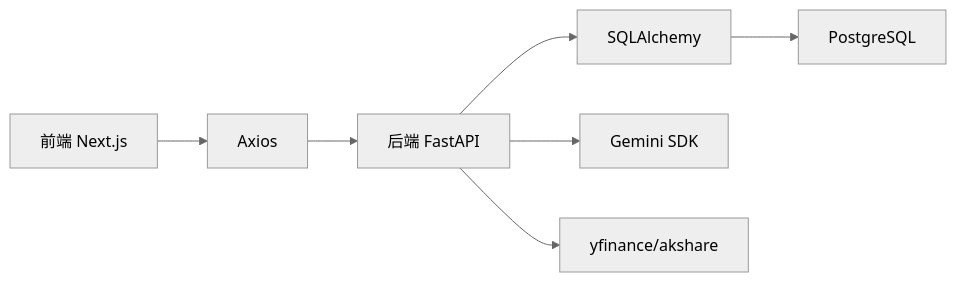
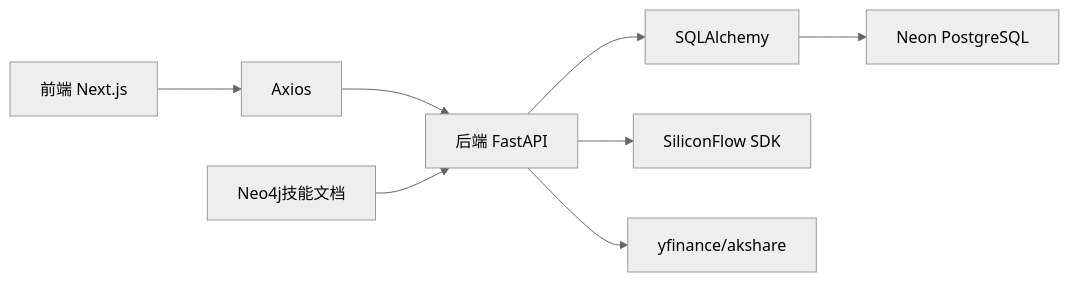
One commit to breeze-lyf/ai-stock-advisor changed the eighth of 8 diagrams in .qoder/repowiki/zh/content/项目概述/项目概述.md. Above: the diagram before and after it, drawn with Mermaid (neutral theme). The commit also changed other lines of this file and 43 other files, not shown here.

````diff
--- a/.qoder/repowiki/zh/content/项目概述/项目概述.md
+++ b/.qoder/repowiki/zh/content/项目概述/项目概述.md
@@ -323,9 +420,10 @@
 ```mermaid
 graph LR
 FE["前端 Next.js"] --> AX["Axios"]
 AX --> BE["后端 FastAPI"]
 BE --> SA["SQLAlchemy"]
-SA --> PG["PostgreSQL"]
-BE --> GA["Gemini SDK"]
+SA --> PG["Neon PostgreSQL"]
+BE --> SF["SiliconFlow SDK"]
 BE --> YT["yfinance/akshare"]
+SKILL["Neo4j技能文档"] --> BE
 ```
````
